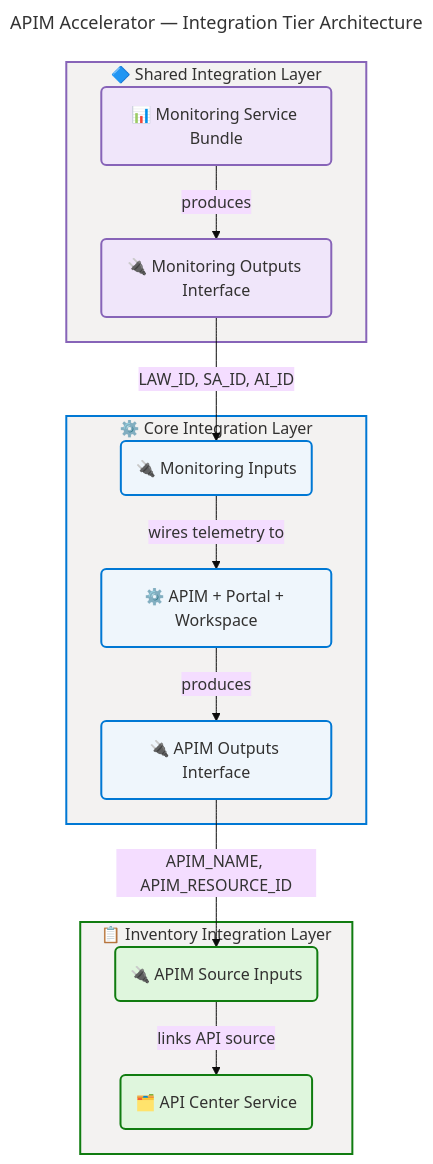
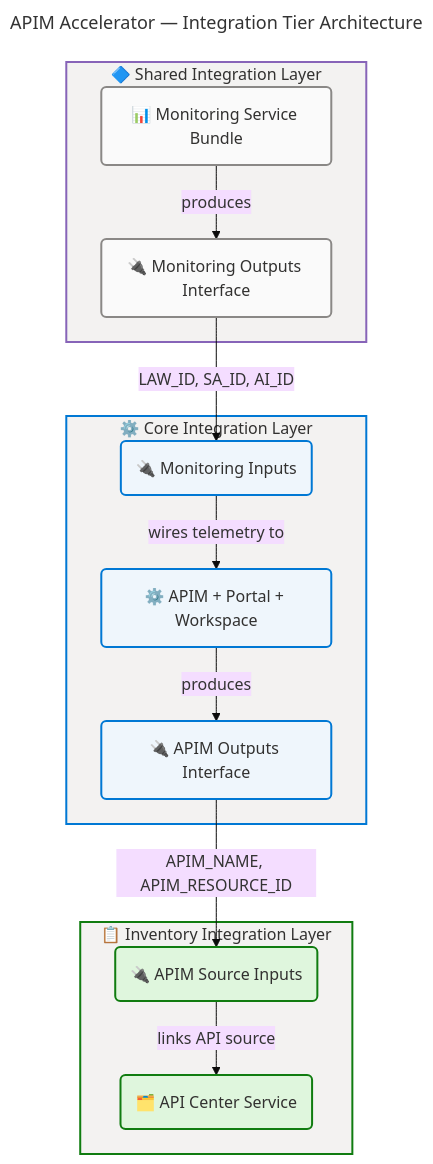
Before and after one commit to Evilazaro/APIM-Accelerator: the third of 8 diagrams in docs/architecture/application-architecture.md, drawn with Mermaid. The commit also changed other lines of this file and 3 other files, not shown here.

````diff
--- a/docs/architecture/application-architecture.md
+++ b/docs/architecture/application-architecture.md
@@ -246,59 +244,58 @@
 ```mermaid
 ---
 title: "APIM Accelerator — Integration Tier Architecture"
 config:
   theme: base
   look: classic
   layout: dagre
   themeVariables:
     fontSize: '16px'
   flowchart:
     htmlLabels: true
 ---
 flowchart TB
     accTitle: APIM Accelerator Integration Tier Architecture
     accDescr: Three-tier integration architecture showing Shared monitoring layer Core API Management layer and Inventory layer with their interface connections and output chaining dependencies
 
     %% ═══════════════════════════════════════════════════════════════════════════
     %% AZURE / FLUENT ARCHITECTURE PATTERN v1.1
     %% (Semantic + Structural + Font + Accessibility Governance)
     %% ═══════════════════════════════════════════════════════════════════════════
     %% PHASE 1 - FLUENT UI: All styling uses approved Fluent UI palette only
     %% PHASE 2 - GROUPS: Every subgraph has semantic color via style directive
     %% PHASE 3 - COMPONENTS: Every node has semantic classDef + icon prefix
     %% PHASE 4 - ACCESSIBILITY: accTitle/accDescr present, WCAG AA contrast
     %% PHASE 5 - STANDARD: Governance block present, classDefs centralized
     %% ═══════════════════════════════════════════════════════════════════════════
 
     subgraph SHARED_INT["🔷 Shared Integration Layer"]
-        SH_SVC("📊 Monitoring Service Bundle"):::data
-        SH_OUT("🔌 Monitoring Outputs Interface"):::data
+        SH_SVC("📊 Monitoring Service Bundle"):::neutral
+        SH_OUT("🔌 Monitoring Outputs Interface"):::neutral
     end
 
     subgraph CORE_INT["⚙️ Core Integration Layer"]
         CO_IN("🔌 Monitoring Inputs"):::core
         CO_SVC("⚙️ APIM + Portal + Workspace"):::core
         CO_OUT("🔌 APIM Outputs Interface"):::core
     end
 
     subgraph INV_INT["📋 Inventory Integration Layer"]
         INV_IN("🔌 APIM Source Inputs"):::success
         INV_SVC("🗂️ API Center Service"):::success
     end
 
     SH_SVC -->|"produces"| SH_OUT
     SH_OUT -->|"LAW_ID, SA_ID, AI_ID"| CO_IN
     CO_IN -->|"wires telemetry to"| CO_SVC
     CO_SVC -->|"produces"| CO_OUT
     CO_OUT -->|"APIM_NAME, APIM_RESOURCE_ID"| INV_IN
     INV_IN -->|"links API source"| INV_SVC
 
     classDef neutral fill:#FAFAFA,stroke:#8A8886,stroke-width:2px,color:#323130
     classDef core fill:#EFF6FC,stroke:#0078D4,stroke-width:2px,color:#323130
     classDef success fill:#DFF6DD,stroke:#107C10,stroke-width:2px,color:#323130
-    classDef data fill:#F0E6FA,stroke:#8764B8,stroke-width:2px,color:#323130
 
     style SHARED_INT fill:#F3F2F1,stroke:#8764B8,stroke-width:2px,color:#323130
     style CORE_INT fill:#F3F2F1,stroke:#0078D4,stroke-width:2px,color:#323130
     style INV_INT fill:#F3F2F1,stroke:#107C10,stroke-width:2px,color:#323130
 ```
````
